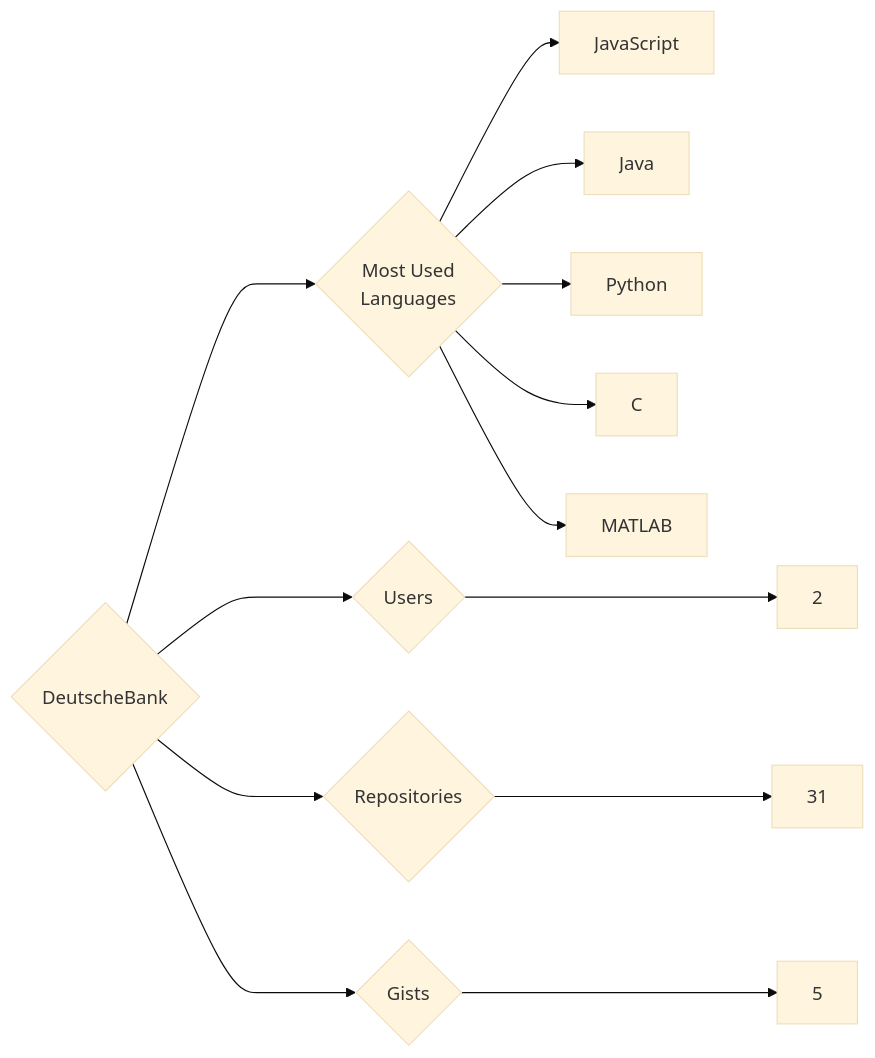
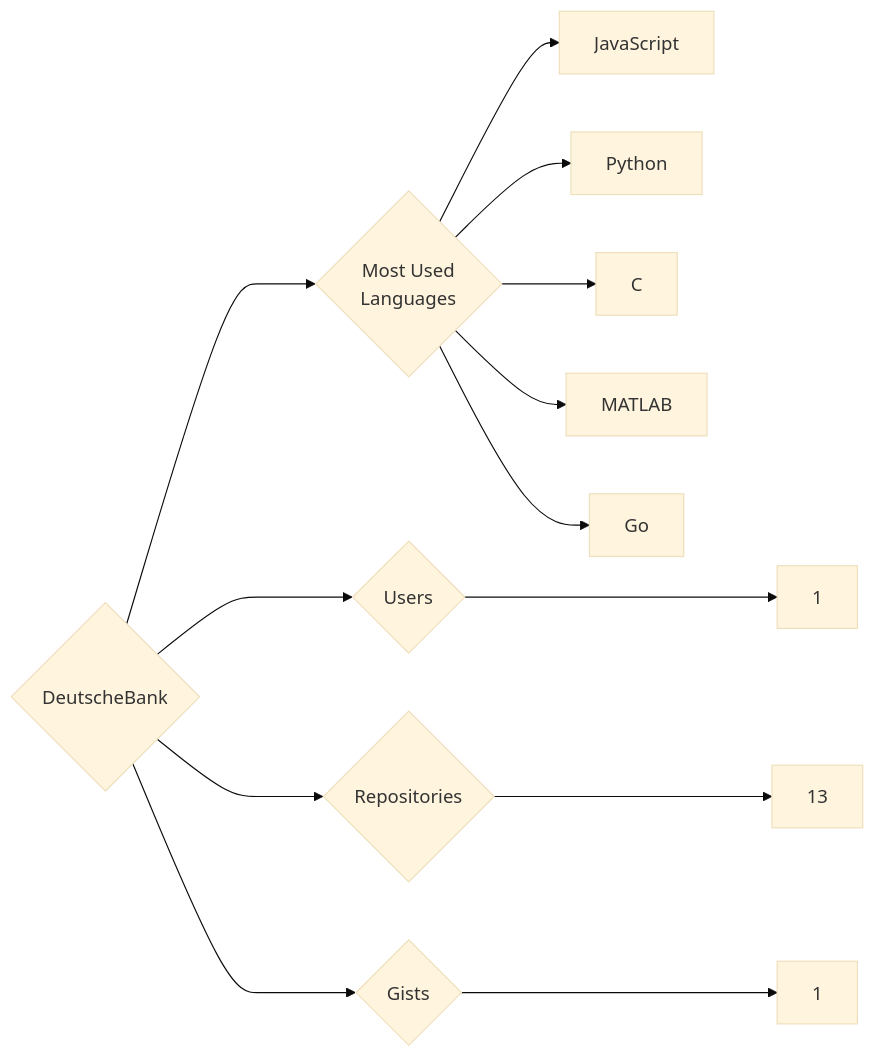
One commit to trickest/insiders changed the diagram in targets/DeutscheBank/README.md. Above: the diagram before and after it, drawn with Mermaid (base theme). The commit also changed 997 other files, not shown here.

````diff
--- a/targets/DeutscheBank/README.md
+++ b/targets/DeutscheBank/README.md
@@ -3,13 +3,13 @@
 ```mermaid
 graph LR
 COMPANY_NAME{DeutscheBank}
-COMPANY_NAME ---> U{Users} ---> UN[2]
-COMPANY_NAME ---> R{Repositories} ---> RN[31]
-COMPANY_NAME ---> G{Gists} ---> GN[5]
+COMPANY_NAME ---> U{Users} ---> UN[1]
+COMPANY_NAME ---> R{Repositories} ---> RN[13]
+COMPANY_NAME ---> G{Gists} ---> GN[1]
 COMPANY_NAME ---> ML{Most Used<br>Languages}
 ML --> JavaScript[JavaScript]
-ML --> Java[Java]
 ML --> Python[Python]
 ML --> C[C]
 ML --> MATLAB[MATLAB]
+ML --> Go[Go]
 ```
````
